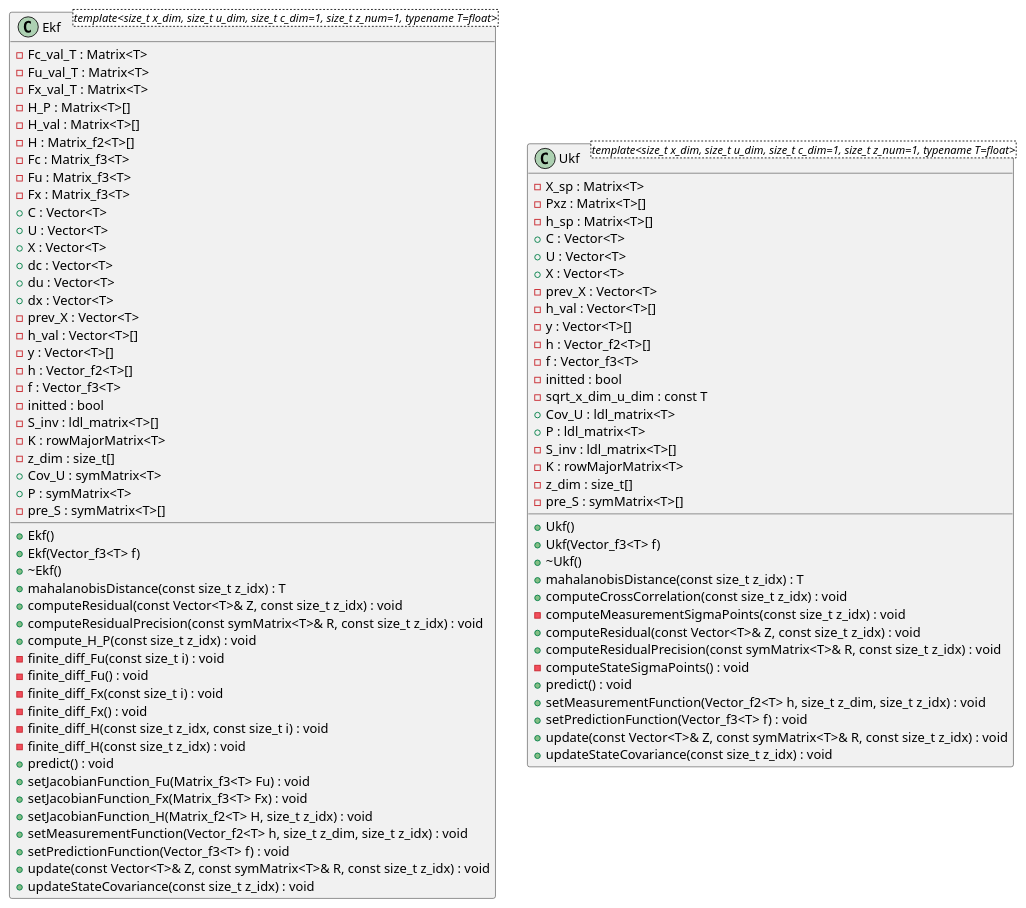
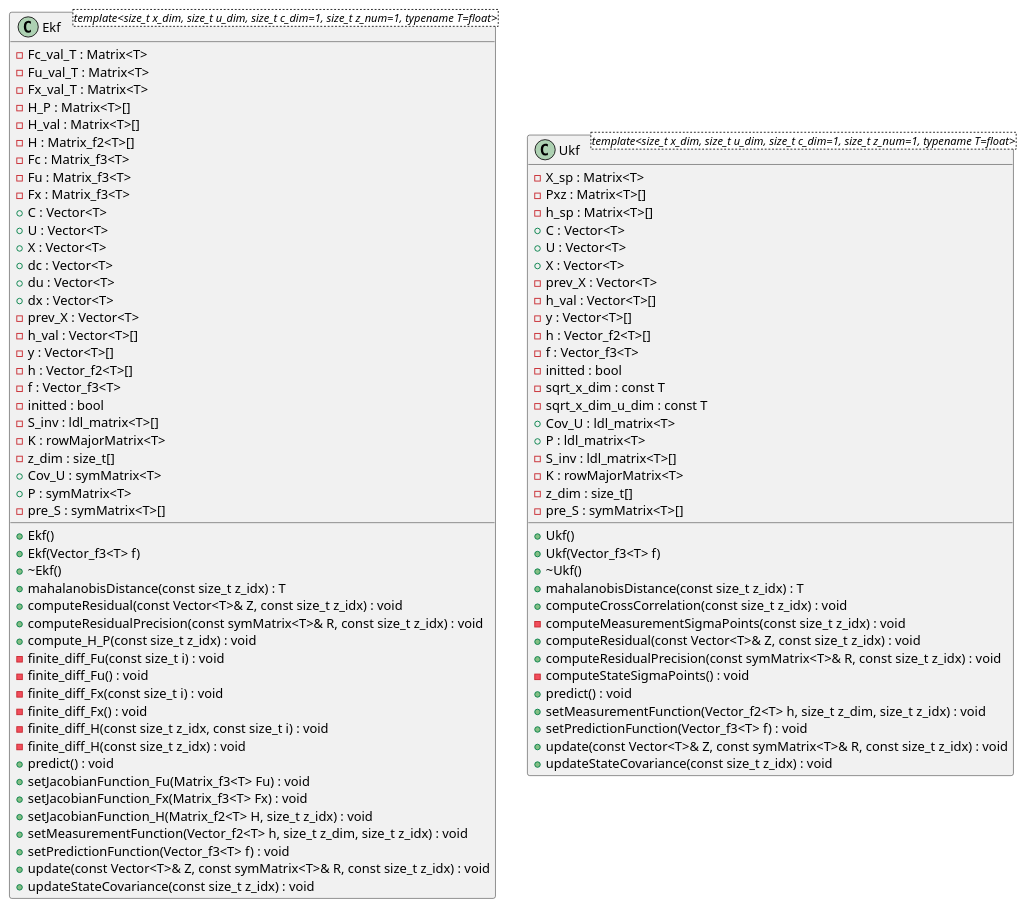
Before and after one commit to robinAZERTY/bayesian_filter: the diagram in docs/architecture/classDiagram.puml, drawn with PlantUML. The commit also changed 1 other file, not shown here.

Commit message:
Updated UML diagram

```diff
--- a/docs/architecture/classDiagram.puml
+++ b/docs/architecture/classDiagram.puml
@@ -1,116 +1,117 @@
 @startuml
 
 
 
 
 
 /' Objects '/
 
 class Ekf <template<size_t x_dim, size_t u_dim, size_t c_dim=1, size_t z_num=1, typename T=float>> {
 	+Ekf()
 	+Ekf(Vector_f3<T> f)
 	+~Ekf()
 	-Fc_val_T : Matrix<T>
 	-Fu_val_T : Matrix<T>
 	-Fx_val_T : Matrix<T>
 	-H_P : Matrix<T>[]
 	-H_val : Matrix<T>[]
 	-H : Matrix_f2<T>[]
 	-Fc : Matrix_f3<T>
 	-Fu : Matrix_f3<T>
 	-Fx : Matrix_f3<T>
 	+mahalanobisDistance(const size_t z_idx) : T
 	+C : Vector<T>
 	+U : Vector<T>
 	+X : Vector<T>
 	+dc : Vector<T>
 	+du : Vector<T>
 	+dx : Vector<T>
 	-prev_X : Vector<T>
 	-h_val : Vector<T>[]
 	-y : Vector<T>[]
 	-h : Vector_f2<T>[]
 	-f : Vector_f3<T>
 	-initted : bool
 	-S_inv : ldl_matrix<T>[]
 	-K : rowMajorMatrix<T>
 	-z_dim : size_t[]
 	+Cov_U : symMatrix<T>
 	+P : symMatrix<T>
 	-pre_S : symMatrix<T>[]
 	+computeResidual(const Vector<T>& Z, const size_t z_idx) : void
 	+computeResidualPrecision(const symMatrix<T>& R, const size_t z_idx) : void
 	+compute_H_P(const size_t z_idx) : void
 	-finite_diff_Fu(const size_t i) : void
 	-finite_diff_Fu() : void
 	-finite_diff_Fx(const size_t i) : void
 	-finite_diff_Fx() : void
 	-finite_diff_H(const size_t z_idx, const size_t i) : void
 	-finite_diff_H(const size_t z_idx) : void
 	+predict() : void
 	+setJacobianFunction_Fu(Matrix_f3<T> Fu) : void
 	+setJacobianFunction_Fx(Matrix_f3<T> Fx) : void
 	+setJacobianFunction_H(Matrix_f2<T> H, size_t z_idx) : void
 	+setMeasurementFunction(Vector_f2<T> h, size_t z_dim, size_t z_idx) : void
 	+setPredictionFunction(Vector_f3<T> f) : void
 	+update(const Vector<T>& Z, const symMatrix<T>& R, const size_t z_idx) : void
 	+updateStateCovariance(const size_t z_idx) : void
 }
 
 
 class Ukf <template<size_t x_dim, size_t u_dim, size_t c_dim=1, size_t z_num=1, typename T=float>> {
 	+Ukf()
 	+Ukf(Vector_f3<T> f)
 	+~Ukf()
 	-X_sp : Matrix<T>
 	-Pxz : Matrix<T>[]
 	-h_sp : Matrix<T>[]
 	+mahalanobisDistance(const size_t z_idx) : T
 	+C : Vector<T>
 	+U : Vector<T>
 	+X : Vector<T>
 	-prev_X : Vector<T>
 	-h_val : Vector<T>[]
 	-y : Vector<T>[]
 	-h : Vector_f2<T>[]
 	-f : Vector_f3<T>
 	-initted : bool
+	-sqrt_x_dim : const T
 	-sqrt_x_dim_u_dim : const T
 	+Cov_U : ldl_matrix<T>
 	+P : ldl_matrix<T>
 	-S_inv : ldl_matrix<T>[]
 	-K : rowMajorMatrix<T>
 	-z_dim : size_t[]
 	-pre_S : symMatrix<T>[]
 	+computeCrossCorrelation(const size_t z_idx) : void
 	-computeMeasurementSigmaPoints(const size_t z_idx) : void
 	+computeResidual(const Vector<T>& Z, const size_t z_idx) : void
 	+computeResidualPrecision(const symMatrix<T>& R, const size_t z_idx) : void
 	-computeStateSigmaPoints() : void
 	+predict() : void
 	+setMeasurementFunction(Vector_f2<T> h, size_t z_dim, size_t z_idx) : void
 	+setPredictionFunction(Vector_f3<T> f) : void
 	+update(const Vector<T>& Z, const symMatrix<T>& R, const size_t z_idx) : void
 	+updateStateCovariance(const size_t z_idx) : void
 }
 
 
 
 
 
 /' Inheritance relationships '/
 
 
 
 
 /' Aggregation relationships '/
 
 
 
 
 
 /' Nested objects '/
 
 
 
 @enduml
```
